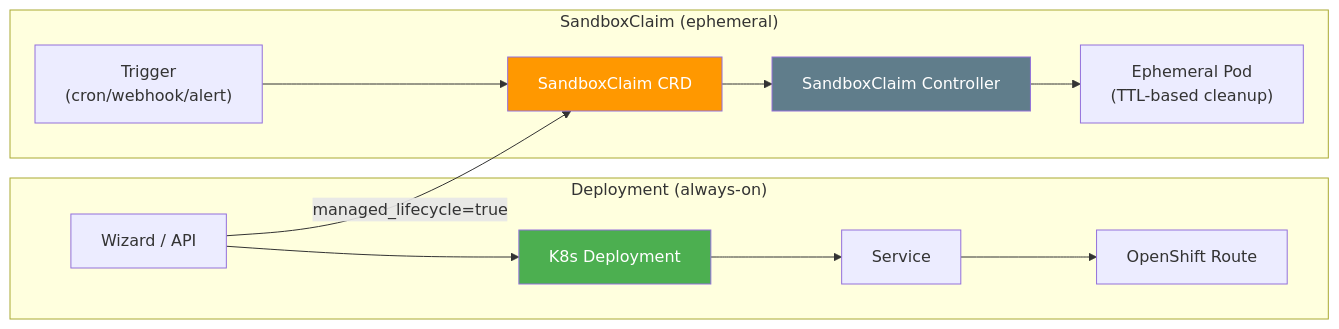
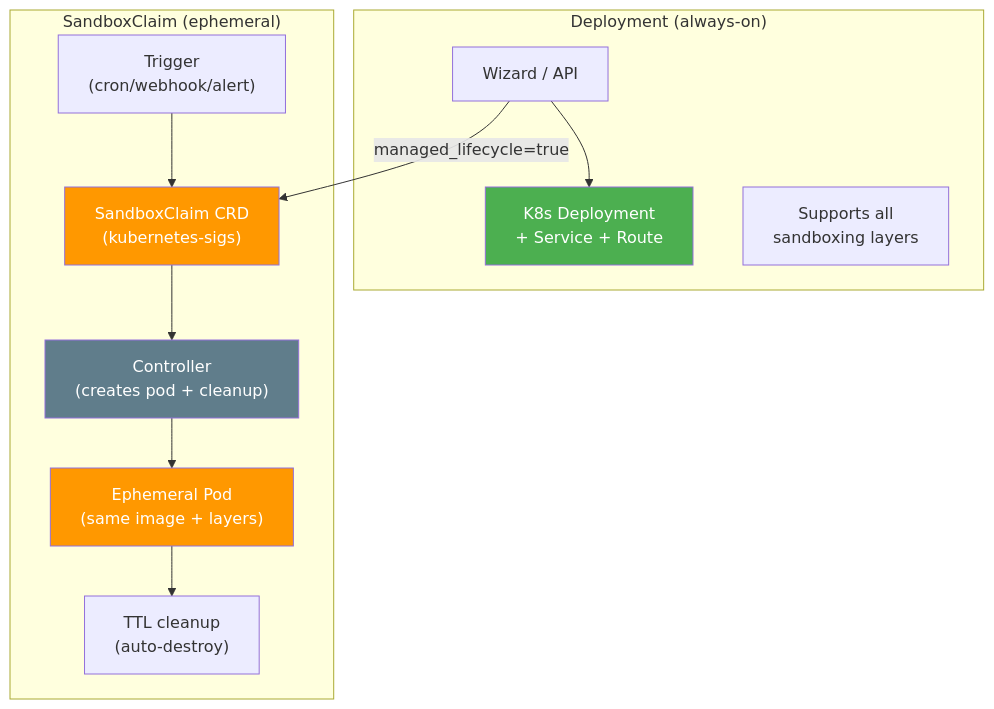
One commit to kagenti/kagenti changed the eighth of 11 diagrams in docs/plans/2026-03-04-platform-agent-runtime-design.md. Above: the diagram before and after it, drawn with Mermaid. The commit also changed other lines of this file, not shown here.

First line of the commit message:
docs: composable sandboxing layers + wizard integration (Session G)

````diff
--- a/docs/plans/2026-03-04-platform-agent-runtime-design.md
+++ b/docs/plans/2026-03-04-platform-agent-runtime-design.md
@@ -360,20 +407,28 @@
 ```mermaid
-graph LR
+graph TB
     subgraph "Deployment (always-on)"
-        WIZ["Wizard / API"] --> DEP["K8s Deployment"]
-        DEP --> SVC["Service"]
-        SVC --> ROUTE["OpenShift Route"]
+        WIZ["Wizard / API"]
+        DEP["K8s Deployment<br/>+ Service + Route"]
+        DEP2["Supports all<br/>sandboxing layers"]
     end
 
     subgraph "SandboxClaim (ephemeral)"
-        TRIG2["Trigger<br/>(cron/webhook/alert)"] --> SC2["SandboxClaim CRD"]
-        SC2 --> CTRL["SandboxClaim Controller"]
-        CTRL --> POD["Ephemeral Pod<br/>(TTL-based cleanup)"]
+        TRIG2["Trigger<br/>(cron/webhook/alert)"]
+        SC2["SandboxClaim CRD<br/>(kubernetes-sigs)"]
+        CTRL["Controller<br/>(creates pod + cleanup)"]
+        POD["Ephemeral Pod<br/>(same image + layers)"]
+        TTL2["TTL cleanup<br/>(auto-destroy)"]
     end
 
+    WIZ --> DEP
     WIZ -->|"managed_lifecycle=true"| SC2
+    TRIG2 --> SC2
+    SC2 --> CTRL
+    CTRL --> POD
+    POD --> TTL2
 
     style DEP fill:#4CAF50,color:white
     style SC2 fill:#FF9800,color:white
     style CTRL fill:#607D8B,color:white
+    style POD fill:#FF9800,color:white
 ```
````
